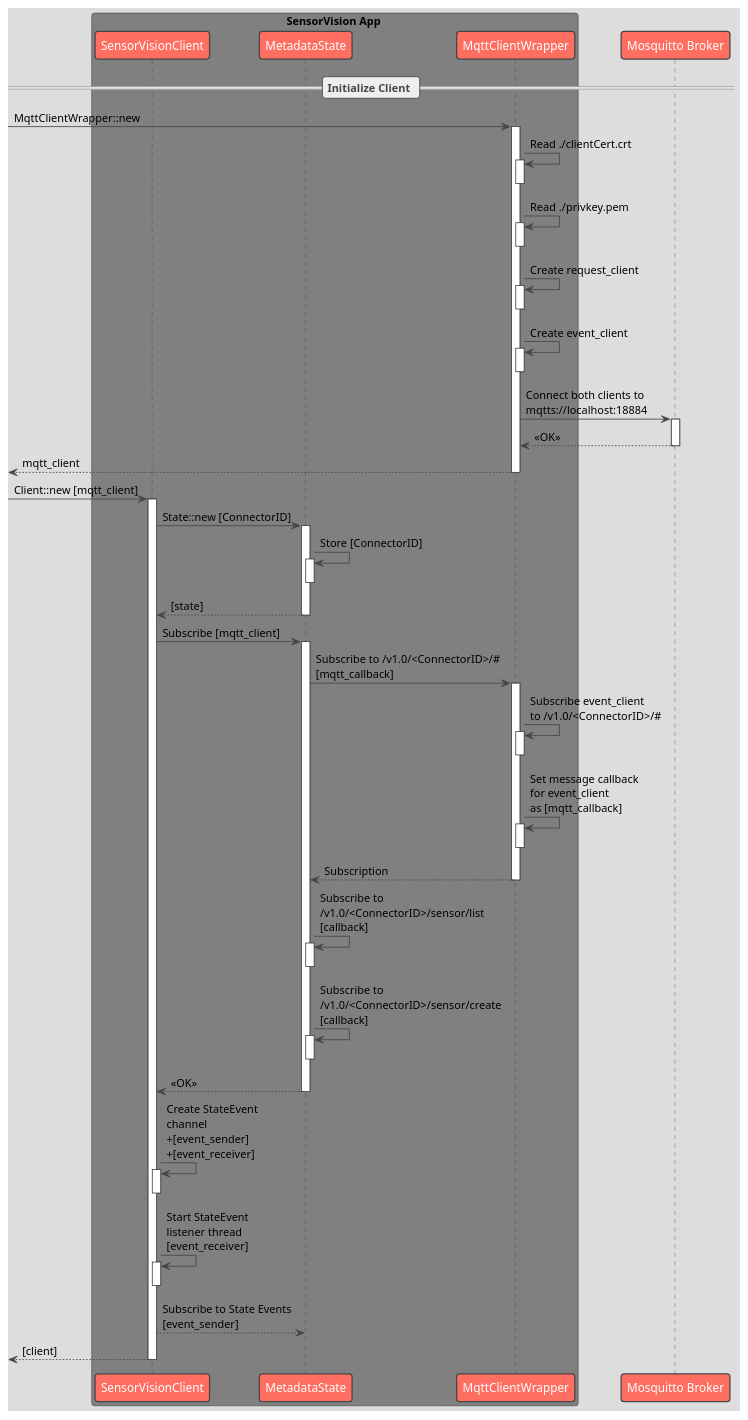
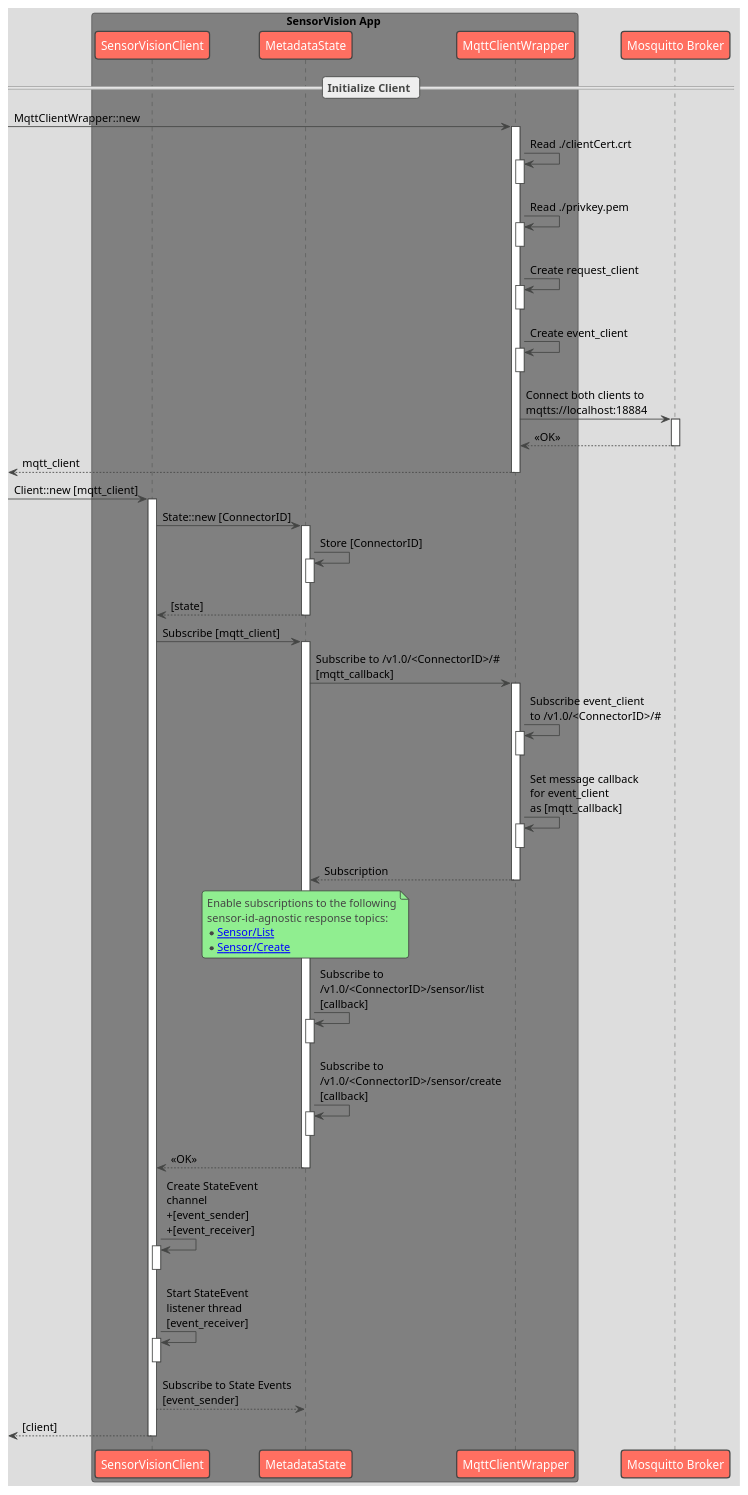
One commit to jcfromsiberia/sensor-vision changed the diagram in client_workflows/create_client.puml. Above: the diagram before and after it, drawn with PlantUML. The commit also changed 9 other files, not shown here.

```diff
--- a/client_workflows/create_client.puml
+++ b/client_workflows/create_client.puml
@@ -1,39 +1,45 @@
 @startuml
 
 !theme toy
 
 box SensorVision App #grey
     participant SensorVisionClient as Client
     participant MetadataState as State
     participant MqttClientWrapper as Mqtt
 end box
 
 participant "Mosquitto Broker" as Broker
 
 == Initialize Client ==
 -> Mqtt ++: MqttClientWrapper::new
 Mqtt -> Mqtt ++--: Read ./clientCert.crt
 Mqtt -> Mqtt ++--: Read ./privkey.pem
 Mqtt -> Mqtt ++--: Create request_client
 Mqtt -> Mqtt ++--: Create event_client
 Mqtt -> Broker ++: Connect both clients to\nmqtts://localhost:18884
 Mqtt <-- Broker --: <<OK>>
 <-- Mqtt --: mqtt_client
 -> Client ++: Client::new [mqtt_client]
 Client -> State ++: State::new [ConnectorID]
 State -> State ++--: Store [ConnectorID]
 Client <-- State --: [state]
 Client -> State ++: Subscribe [mqtt_client]
 State -> Mqtt ++: Subscribe to /v1.0/<ConnectorID>/#\n[mqtt_callback]
 Mqtt -> Mqtt ++--: Subscribe event_client\nto /v1.0/<ConnectorID>/#
 Mqtt -> Mqtt ++--: Set message callback\nfor event_client\nas [mqtt_callback]
 State <-- Mqtt --: Subscription
+note over State
+Enable subscriptions to the following
+sensor-id-agnostic response topics:
+* [[https://docs-iot.teamviewer.com/mqtt-api/#532-list Sensor/List]]
+* [[https://docs-iot.teamviewer.com/mqtt-api/#531-create Sensor/Create]]
+end note
 State -> State ++--: Subscribe to\n/v1.0/<ConnectorID>/sensor/list\n[callback]
 State -> State ++--: Subscribe to\n/v1.0/<ConnectorID>/sensor/create\n[callback]
 Client <-- State --: <<OK>>
 Client -> Client ++--: Create StateEvent\nchannel\n+[event_sender]\n+[event_receiver]
 Client -> Client ++--: Start StateEvent\nlistener thread\n[event_receiver]
 Client --> State : Subscribe to State Events\n[event_sender]
 <-- Client --: [client]
 
 @enduml
```
